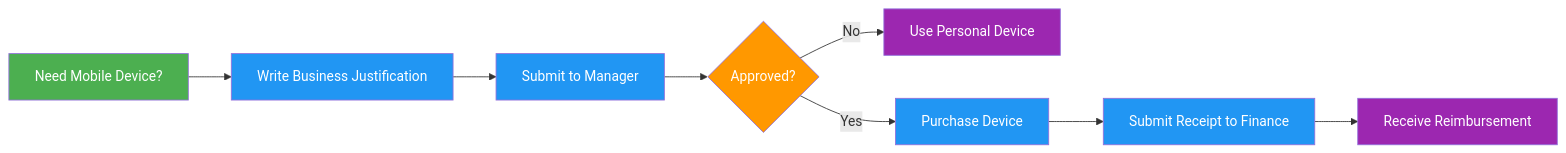
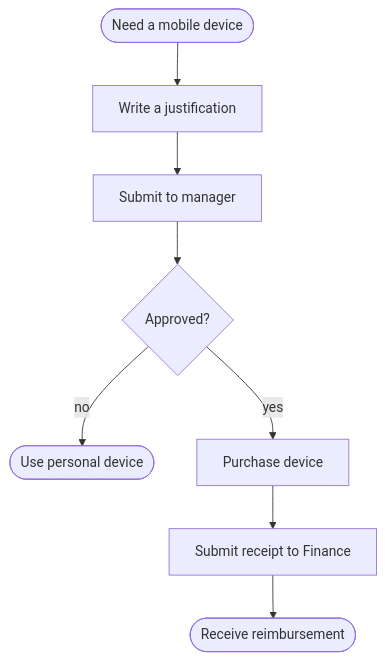
One commit to ultralytics/handbook changed the third of 4 diagrams in docs/en/tools/hardware.md. Above: the diagram before and after it, drawn with Mermaid. The commit also changed other lines of this file and 16 other files, not shown here.

First line of the commit message:
Migrate handbook Mermaid diagrams to the unified design system

````diff
--- a/docs/en/tools/hardware.md
+++ b/docs/en/tools/hardware.md
@@ -197,15 +188,10 @@
 ```mermaid
-graph LR
-    A[Need Mobile Device?]:::start --> B[Write Business Justification]:::proc
-    B --> C[Submit to Manager]:::proc
-    C --> D{Approved?}:::decide
-    D -->|No| E[Use Personal Device]:::out
-    D -->|Yes| F[Purchase Device]:::proc
-    F --> G[Submit Receipt to Finance]:::proc
-    G --> H[Receive Reimbursement]:::out
-
-    classDef start fill:#4CAF50,color:#fff
-    classDef proc fill:#2196F3,color:#fff
-    classDef decide fill:#FF9800,color:#fff
-    classDef out fill:#9C27B0,color:#fff
+flowchart TD
+    A([Need a mobile device]) --> B[Write a justification]
+    B --> C[Submit to manager]
+    C --> D{Approved?}
+    D -->|no| E([Use personal device])
+    D -->|yes| F[Purchase device]
+    F --> G[Submit receipt to Finance]
+    G --> H([Receive reimbursement])
 ```
````
